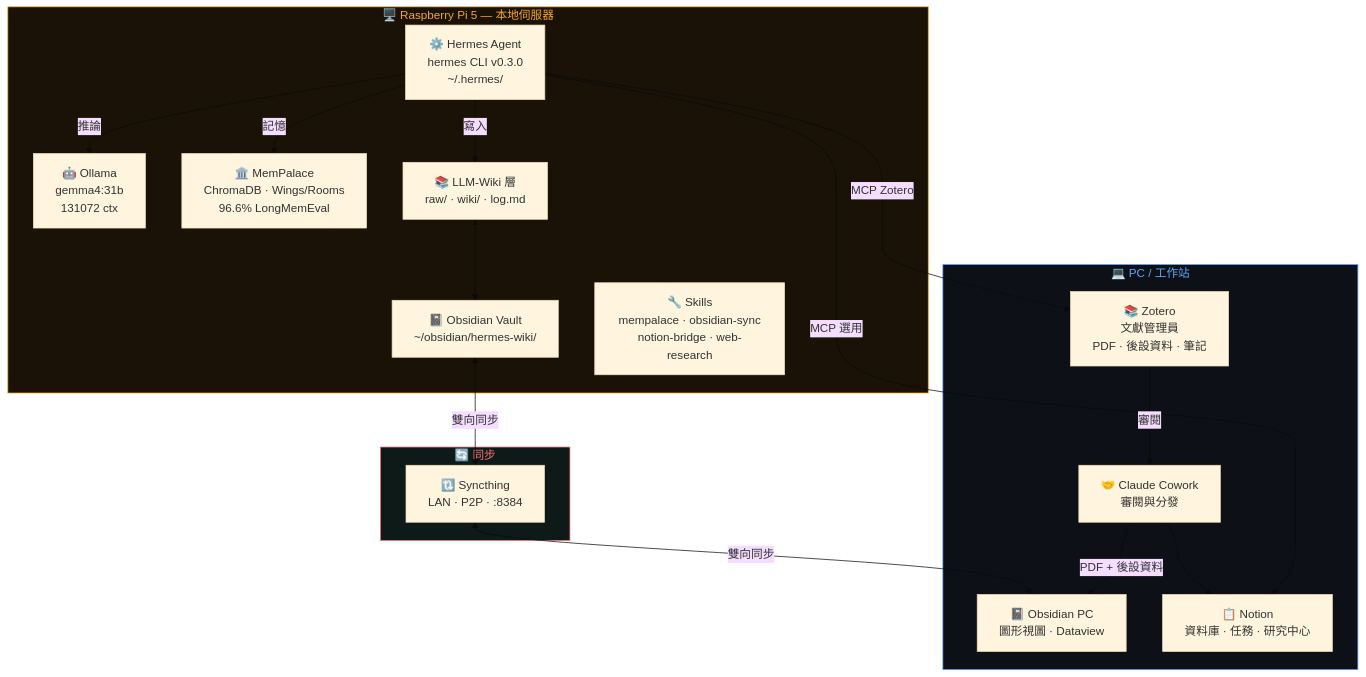
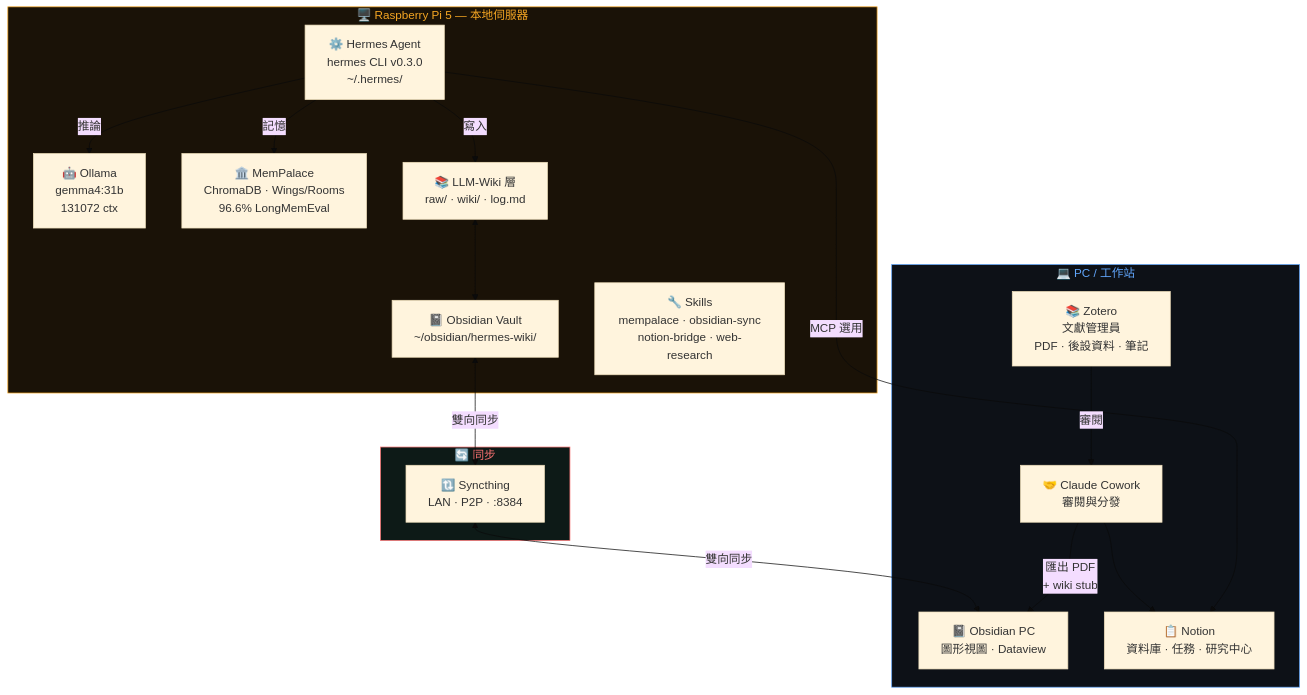
One commit to omankz/Hermes-Agent---Claude-Cowork---Notion---Obsidian changed the first of 7 diagrams in README-zh-tw.md. Above: the diagram before and after it, drawn with Mermaid (base theme). The commit also changed other lines of this file, not shown here.

````diff
--- a/README-zh-tw.md
+++ b/README-zh-tw.md
@@ -46,38 +46,37 @@
 ```mermaid
 graph TB
     subgraph RPi5["🖥️ Raspberry Pi 5 — 本地伺服器"]
         HA["⚙️ Hermes Agent\nhermes CLI v0.3.0\n~/.hermes/"]
         OL["🤖 Ollama\ngemma4:31b\n131072 ctx"]
         MP["🏛️ MemPalace\nChromaDB · Wings/Rooms\n96.6% LongMemEval"]
         OB_RPi["📓 Obsidian Vault\n~/obsidian/hermes-wiki/"]
         WK["📚 LLM-Wiki 層\nraw/ · wiki/ · log.md"]
         SK["🔧 Skills\nmempalace · obsidian-sync\nnotion-bridge · web-research"]
     end
 
     subgraph SYNC["🔄 同步"]
         ST["🔃 Syncthing\nLAN · P2P · :8384"]
     end
 
     subgraph PC["💻 PC / 工作站"]
         OB_PC["📓 Obsidian PC\n圖形視圖 · Dataview"]
         ZT["📚 Zotero\n文獻管理員\nPDF · 後設資料 · 筆記"]
         CW["🤝 Claude Cowork\n審閱與分發"]
         NT["📋 Notion\n資料庫 · 任務 · 研究中心"]
     end
 
     HA -- 推論 --> OL
     HA -- 記憶 --> MP
     HA -- 寫入 --> WK
     WK <--> OB_RPi
     OB_RPi <-- 雙向同步 --> ST
     ST <-- 雙向同步 --> OB_PC
     ZT -->|"審閱"| CW
-    CW -->|"PDF + 後設資料"| OB_PC
+    CW -->|"匯出 PDF\n+ wiki stub"| OB_PC
     CW --> NT
-    HA -- MCP Zotero --> ZT
     HA -- MCP 選用 --> NT
 
     style RPi5 fill:#1a1207,stroke:#f5a623,stroke-width:1px,color:#f5a623
     style SYNC fill:#0d1a17,stroke:#f87171,stroke-width:1px,color:#f87171
     style PC fill:#0d1117,stroke:#60a5fa,stroke-width:1px,color:#60a5fa
 ```
````
